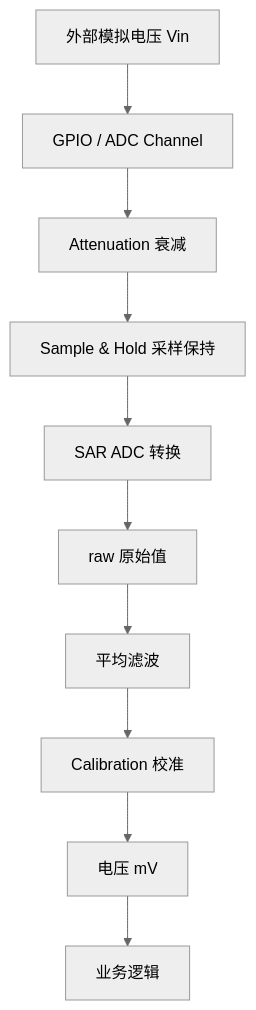
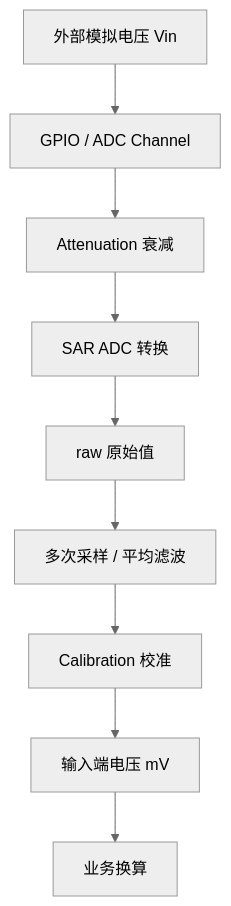
The diagram in src/content/docs/notes/esp32-s3-adc-battery.md (zhengtongyi/zty-blog), drawn with Mermaid (neutral theme) before and after one commit. The commit also changed other lines of this file and 1 other file, not shown here.

Commit message:
docs: refine adc battery tutorial

````diff
--- a/src/content/docs/notes/esp32-s3-adc-battery.md
+++ b/src/content/docs/notes/esp32-s3-adc-battery.md
@@ -49,12 +37,11 @@
 ```mermaid
 flowchart TD
     A["外部模拟电压 Vin"] --> B["GPIO / ADC Channel"]
     B --> C["Attenuation 衰减"]
-    C --> D["Sample & Hold 采样保持"]
-    D --> E["SAR ADC 转换"]
-    E --> F["raw 原始值"]
-    F --> G["平均滤波"]
-    G --> H["Calibration 校准"]
-    H --> I["电压 mV"]
-    I --> J["业务逻辑"]
+    C --> D["SAR ADC 转换"]
+    D --> E["raw 原始值"]
+    E --> F["多次采样 / 平均滤波"]
+    F --> G["Calibration 校准"]
+    G --> H["输入端电压 mV"]
+    H --> I["业务换算"]
 ```
````
